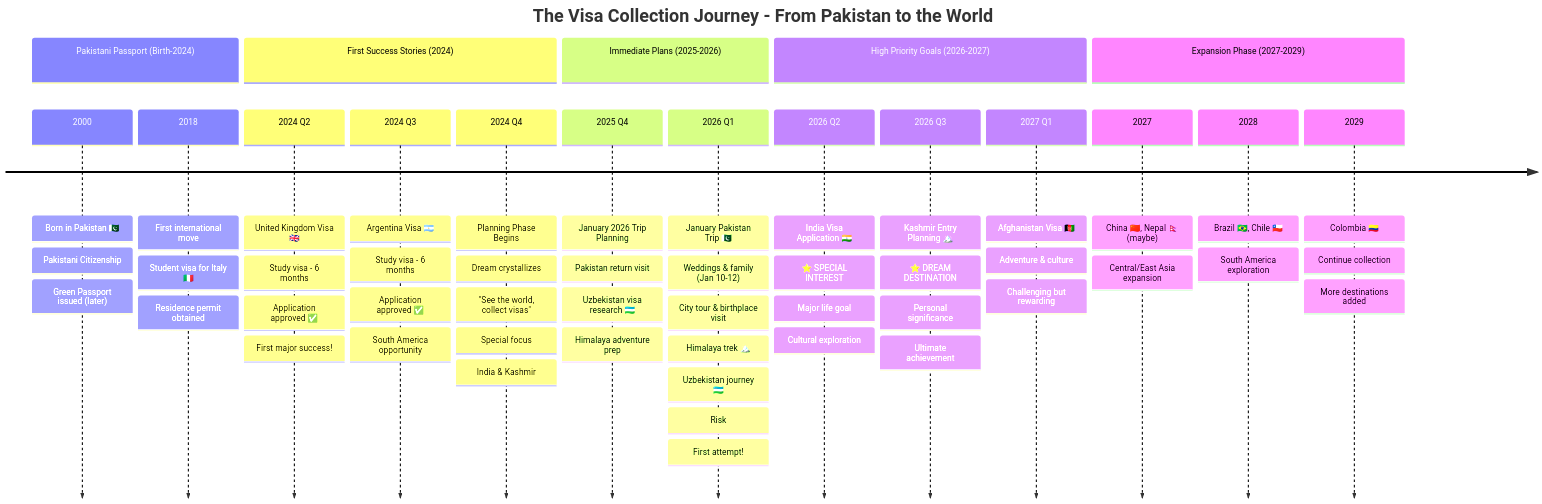
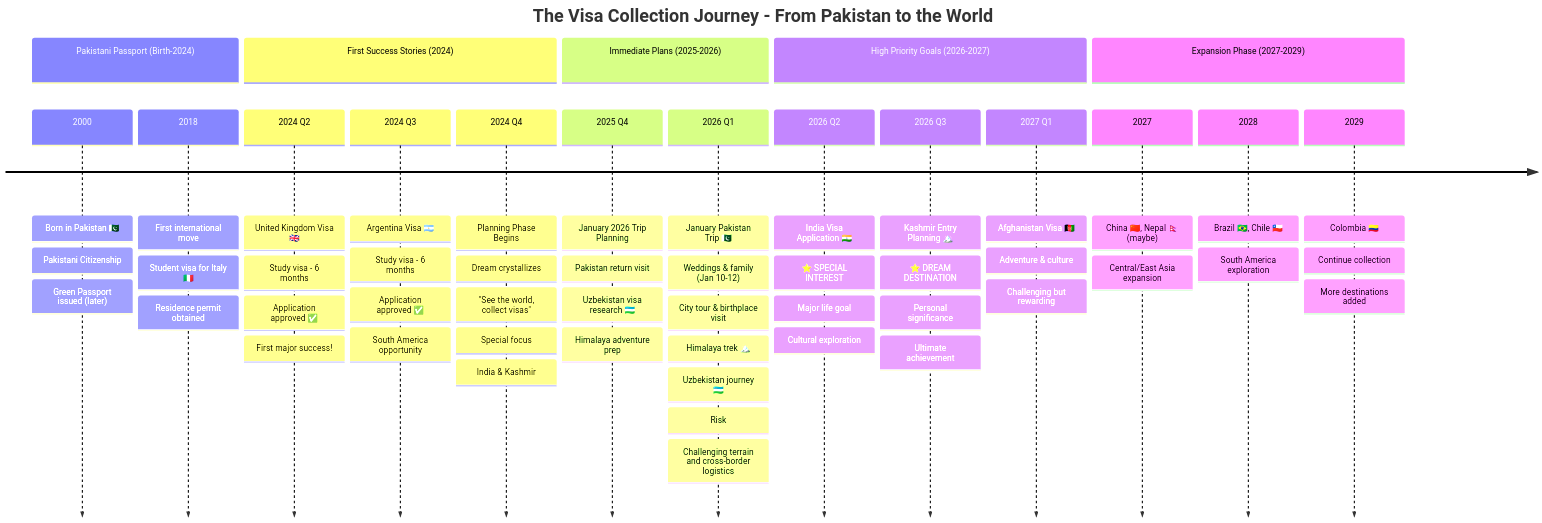
The first of 11 diagrams in diagrams/visa-journey.md (hamsta25/Himalaya), drawn with Mermaid before and after one commit. The commit also changed other lines of this file and 4 other files, not shown here.

````diff
--- a/diagrams/visa-journey.md
+++ b/diagrams/visa-journey.md
@@ -11,60 +11,60 @@
 ```mermaid
 timeline
     title The Visa Collection Journey - From Pakistan to the World
     
     section Pakistani Passport (Birth-2024)
         2000 : Born in Pakistan 🇵🇰
              : Pakistani Citizenship
              : Green Passport issued (later)
         2018 : First international move
              : Student visa for Italy 🇮🇹
              : Residence permit obtained
     
     section First Success Stories (2024)
         2024 Q2 : United Kingdom Visa 🇬🇧
                 : Study visa - 6 months
                 : Application approved ✅
                 : First major success!
         2024 Q3 : Argentina Visa 🇦🇷
                 : Study visa - 6 months
                 : Application approved ✅
                 : South America opportunity
         2024 Q4 : Planning Phase Begins
                 : Dream crystallizes
                 : "See the world, collect visas"
                 : Special focus: India & Kashmir
     
     section Immediate Plans (2025-2026)
         2025 Q4 : January 2026 Trip Planning
                 : Pakistan return visit
                 : Uzbekistan visa research 🇺🇿
                 : Himalaya adventure prep
         2026 Q1 : January Pakistan Trip 🇵🇰
                 : Weddings & family (Jan 10-12)
                 : City tour & birthplace visit
                 : Himalaya trek 🏔️
                 : Uzbekistan journey 🇺🇿
-                : Risk: First attempt!
+                : Risk: Challenging terrain and cross-border logistics
     
     section High Priority Goals (2026-2027)
         2026 Q2 : India Visa Application 🇮🇳
                 : ⭐ SPECIAL INTEREST
                 : Major life goal
                 : Cultural exploration
         2026 Q3 : Kashmir Entry Planning 🏔️
                 : ⭐ DREAM DESTINATION
                 : Personal significance
                 : Ultimate achievement
         2027 Q1 : Afghanistan Visa 🇦🇫
                 : Adventure & culture
                 : Challenging but rewarding
     
     section Expansion Phase (2027-2029)
         2027 : China 🇨🇳, Nepal 🇳🇵 (maybe)
              : Central/East Asia expansion
         2028 : Brazil 🇧🇷, Chile 🇨🇱
              : South America exploration
         2029 : Colombia 🇨🇴
              : Continue collection
              : More destinations added
 ```
````
